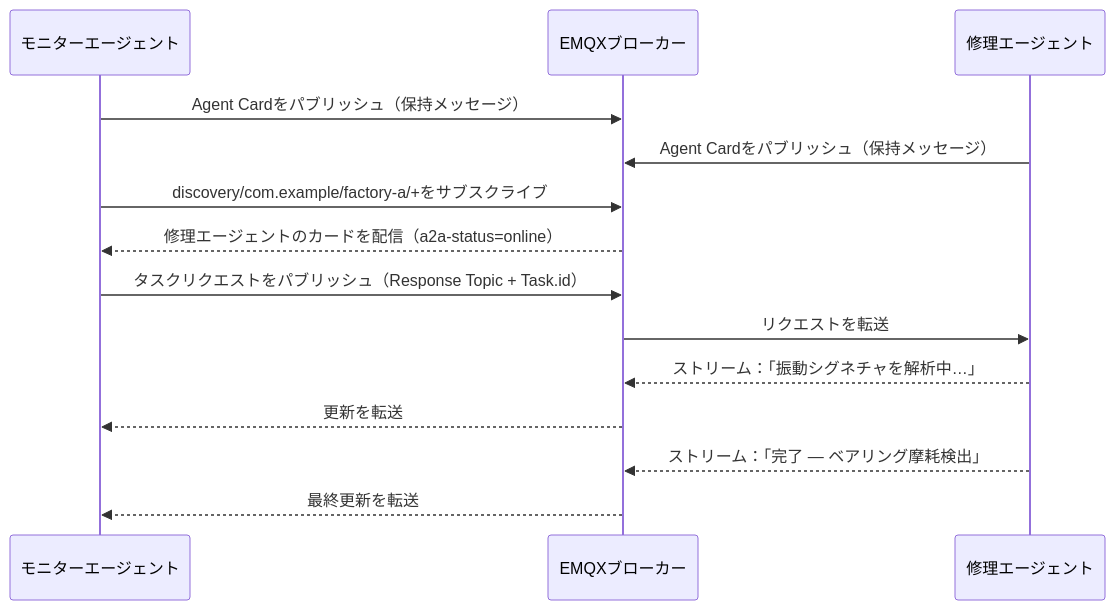
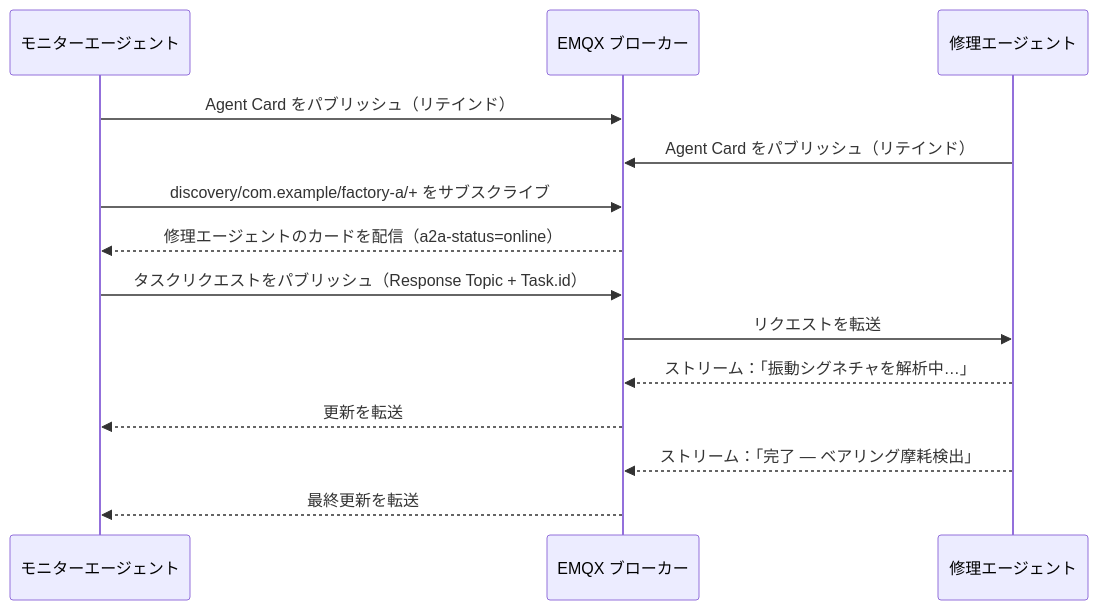
One commit to emqx/emqx-docs changed the second of 2 diagrams in ja_JP/develop/emqx-ai/a2a-over-mqtt/architecture.md. Above: the diagram before and after it, drawn with Mermaid. The commit also changed other lines of this file and 88 other files, not shown here.

````diff
--- a/ja_JP/develop/emqx-ai/a2a-over-mqtt/architecture.md
+++ b/ja_JP/develop/emqx-ai/a2a-over-mqtt/architecture.md
@@ -153,17 +153,17 @@
 ```mermaid
 sequenceDiagram
     participant M as モニターエージェント
-    participant E as EMQXブローカー
+    participant E as EMQX ブローカー
     participant R as 修理エージェント
 
-    M->>E: Agent Cardをパブリッシュ（保持メッセージ）
-    R->>E: Agent Cardをパブリッシュ（保持メッセージ）
-    M->>E: discovery/com.example/factory-a/+をサブスクライブ
+    M->>E: Agent Card をパブリッシュ（リテインド）
+    R->>E: Agent Card をパブリッシュ（リテインド）
+    M->>E: discovery/com.example/factory-a/+ をサブスクライブ
     E-->>M: 修理エージェントのカードを配信（a2a-status=online）
     M->>E: タスクリクエストをパブリッシュ（Response Topic + Task.id）
     E->>R: リクエストを転送
     R-->>E: ストリーム：「振動シグネチャを解析中…」
     E-->>M: 更新を転送
     R-->>E: ストリーム：「完了 — ベアリング摩耗検出」
     E-->>M: 最終更新を転送
 ```
````
